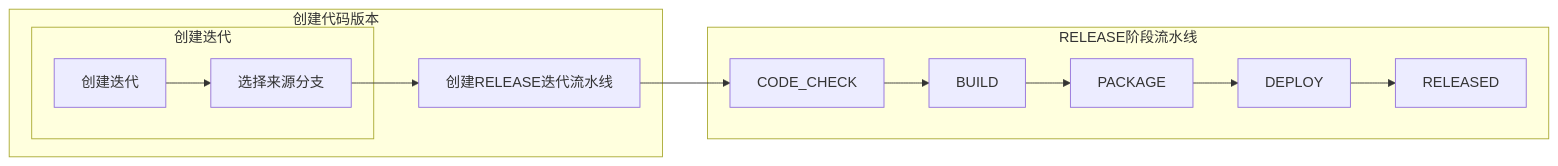
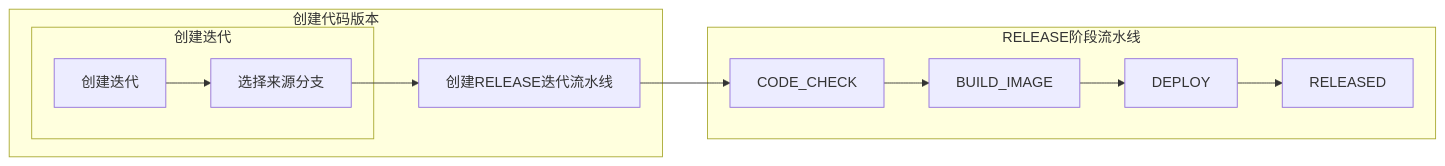
Before and after one commit to qdw497874677/high-code-doc: the third of 8 diagrams in docs/plans/procode-platform/hld/hld.md, drawn with Mermaid. The commit also changed other lines of this file, not shown here.

````diff
--- a/docs/plans/procode-platform/hld/hld.md
+++ b/docs/plans/procode-platform/hld/hld.md
@@ -154,18 +154,17 @@
 ```mermaid
 flowchart LR
     subgraph 创建代码版本
         subgraph 创建迭代
             A1[创建迭代] --> A2[选择来源分支]
         end
         A2 --> B0[创建RELEASE迭代流水线]
     end
 
     B0 --> C1
 
     subgraph RELEASE阶段流水线
-        C1[CODE_CHECK] --> C2[BUILD]
-        C2 --> C3[PACKAGE]
-        C3 --> C4[DEPLOY]
-        C4 --> C5[RELEASED]
+        C1[CODE_CHECK] --> C2[BUILD_IMAGE]
+        C2 --> C3[DEPLOY]
+        C3 --> C4[RELEASED]
     end
 ```
````
